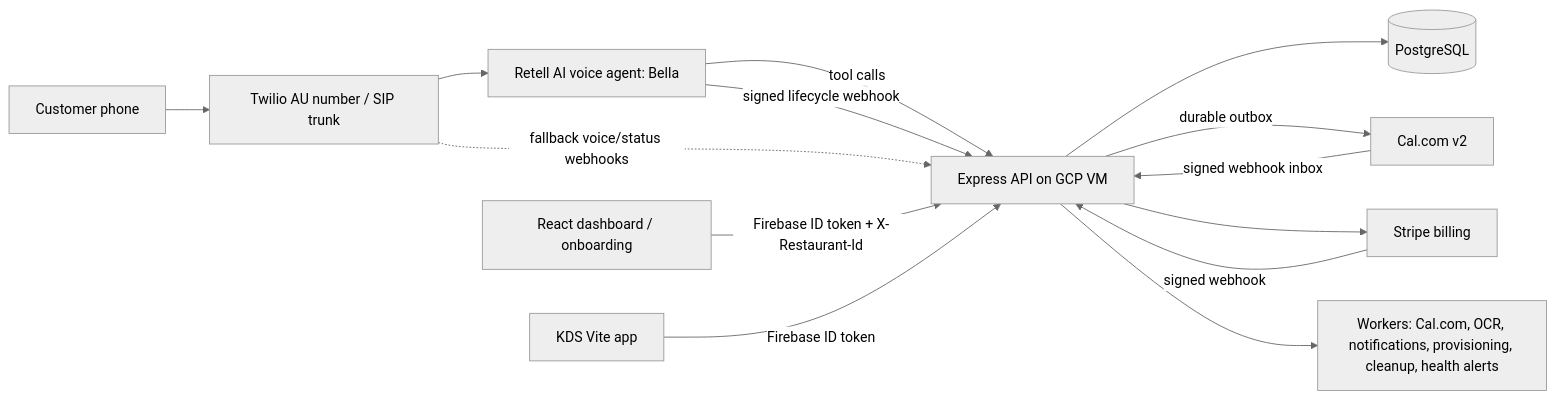
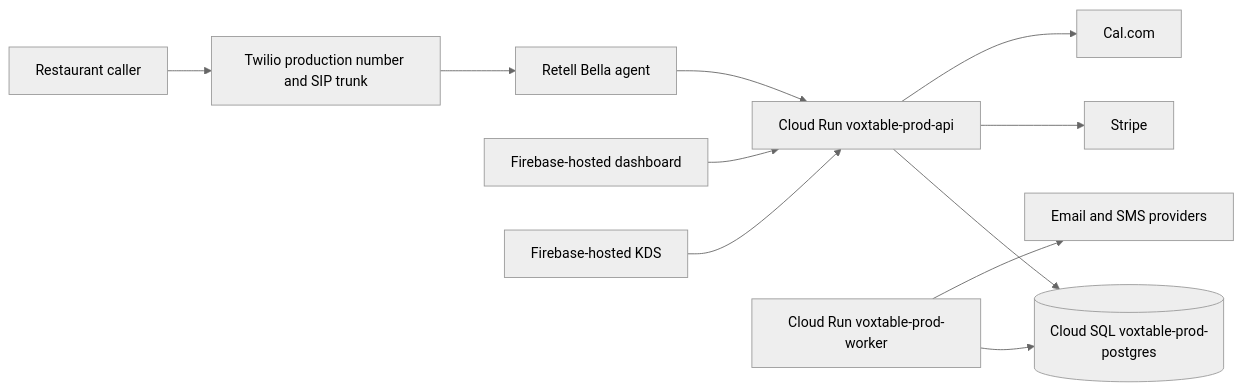
One commit to biteperk/voxtable changed the first of 2 diagrams in apps/backend/docs/architecture_diagram.md. Above: the diagram before and after it, drawn with Mermaid (neutral theme). The commit also changed other lines of this file and 105 other files, not shown here.

````diff
--- a/apps/backend/docs/architecture_diagram.md
+++ b/apps/backend/docs/architecture_diagram.md
@@ -21,18 +8,13 @@
 ```mermaid
 flowchart LR
-  Caller["Customer phone"] --> Twilio["Twilio AU number / SIP trunk"]
-  Twilio --> Retell["Retell AI voice agent: Bella"]
-  Retell -->|"tool calls"| API["Express API on GCP VM"]
-  Retell -->|"signed lifecycle webhook"| API
-  Twilio -.->|"fallback voice/status webhooks"| API
-
-  API --> Postgres[("PostgreSQL")]
-  API -->|"durable outbox"| Cal["Cal.com v2"]
-  Cal -->|"signed webhook inbox"| API
-  API --> Stripe["Stripe billing"]
-  Stripe -->|"signed webhook"| API
-  API --> Workers["Workers: Cal.com, OCR, notifications, provisioning, cleanup, health alerts"]
-
-  Dashboard["React dashboard / onboarding"] -->|"Firebase ID token + X-Restaurant-Id"| API
-  KDS["KDS Vite app"] -->|"Firebase ID token"| API
+  Caller[Restaurant caller] --> Twilio[Twilio production number and SIP trunk]
+  Twilio --> Retell[Retell Bella agent]
+  Retell --> API[Cloud Run voxtable-prod-api]
+  Dashboard[Firebase-hosted dashboard] --> API
+  KDS[Firebase-hosted KDS] --> API
+  API --> DB[(Cloud SQL voxtable-prod-postgres)]
+  API --> Stripe[Stripe]
+  API --> Cal[Cal.com]
+  Worker[Cloud Run voxtable-prod-worker] --> DB
+  Worker --> Notify[Email and SMS providers]
 ```
````
